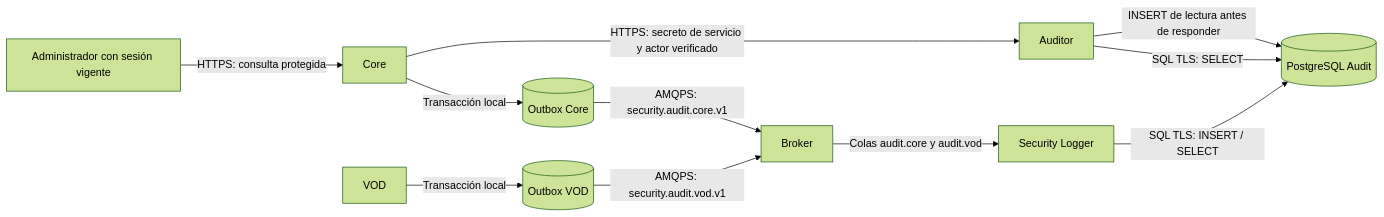
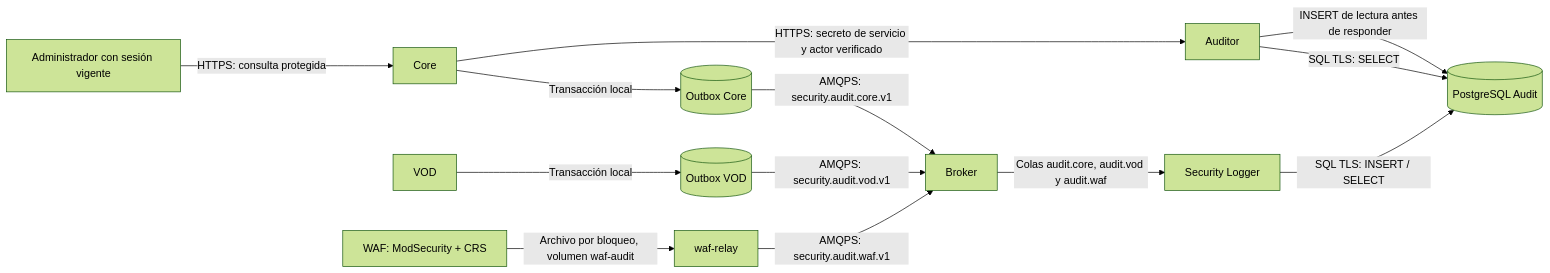
The third of 3 diagrams in docs/arquitectura_c4_cnc_despliegue.md (SWARCH-1A/streaming), drawn with Mermaid (forest theme) before and after one commit. The commit also changed other lines of this file and 48 other files, not shown here.

First line of the commit message:
feat(security): surface WAF blocks in the admin audit console

````diff
--- a/docs/arquitectura_c4_cnc_despliegue.md
+++ b/docs/arquitectura_c4_cnc_despliegue.md
@@ -180,13 +180,15 @@
 ```mermaid
 flowchart LR
   Admin[Administrador con sesión vigente] -->|HTTPS: consulta protegida| Core
   Core -->|Transacción local| CO[(Outbox Core)]
   VOD -->|Transacción local| VO[(Outbox VOD)]
   CO -->|AMQPS: security.audit.core.v1| Broker
   VO -->|AMQPS: security.audit.vod.v1| Broker
-  Broker -->|Colas audit.core y audit.vod| Logger[Security Logger]
+  WAF[WAF: ModSecurity + CRS] -->|Archivo por bloqueo, volumen waf-audit| Relay[waf-relay]
+  Relay -->|AMQPS: security.audit.waf.v1| Broker
+  Broker -->|Colas audit.core, audit.vod y audit.waf| Logger[Security Logger]
   Logger -->|SQL TLS: INSERT / SELECT| DB[(PostgreSQL Audit)]
   Core -->|HTTPS: secreto de servicio y actor verificado| Auditor
   Auditor -->|SQL TLS: SELECT| DB
   Auditor -->|INSERT de lectura antes de responder| DB
 ```
````
